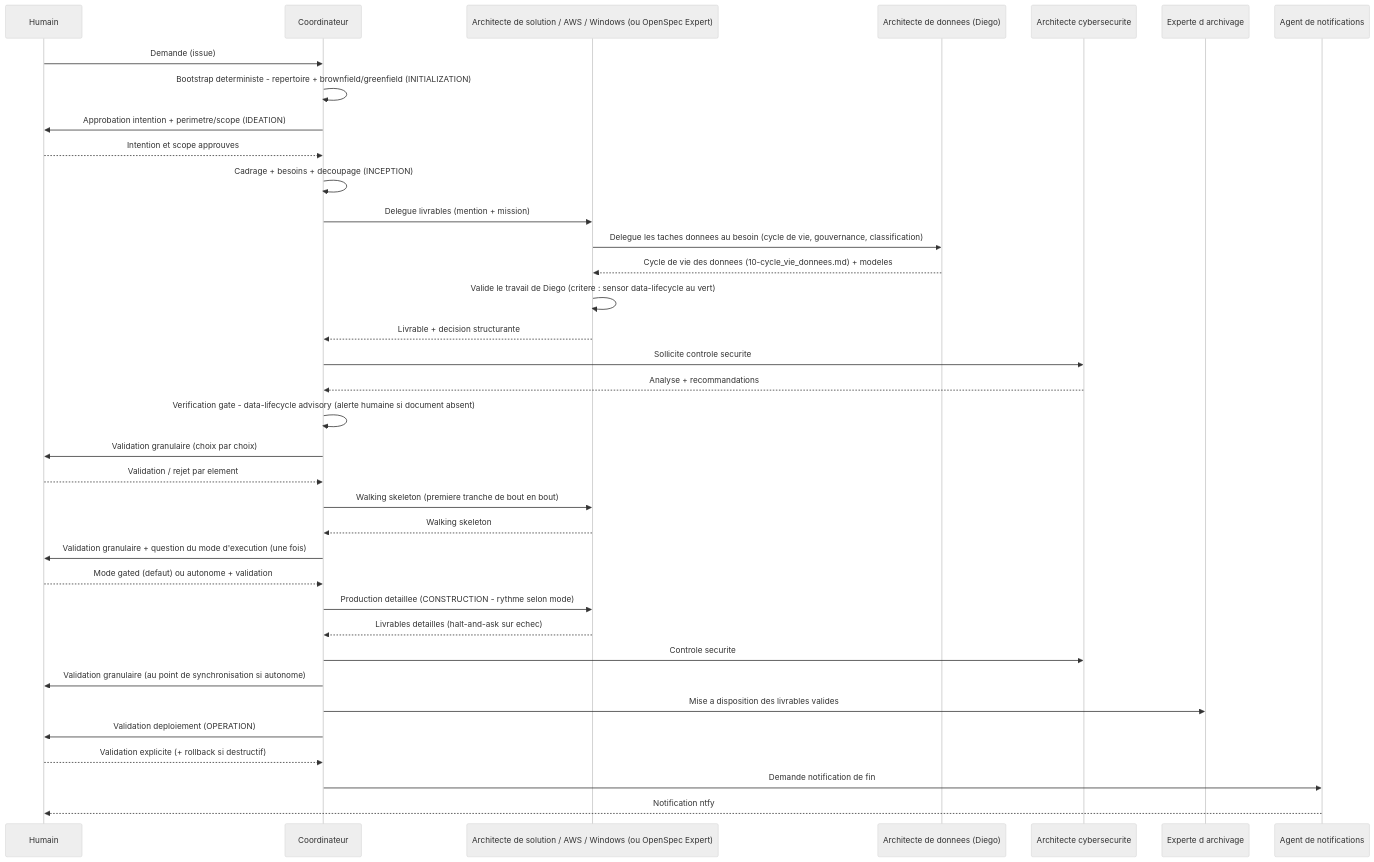
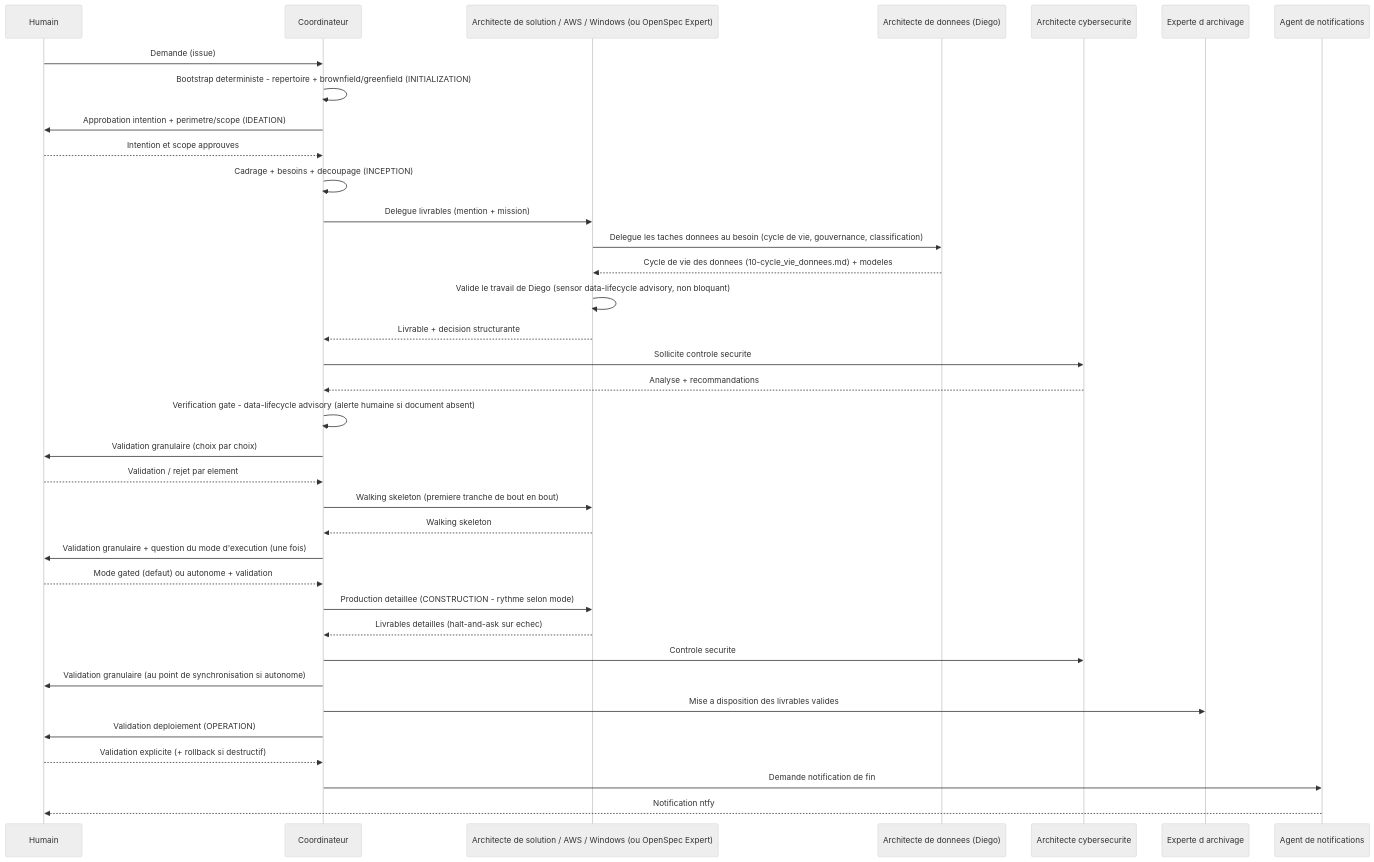
Before and after one commit to Gsyltc/homelab-portfolio: the second of 2 diagrams in core/common/conductor.md, drawn with Mermaid (neutral theme). The commit also changed other lines of this file and 6 other files, not shown here.

Commit message:
data-lifecycle: sensor entièrement advisory (aussi pour Manuel), plus aucun blocage

````diff
--- a/core/common/conductor.md
+++ b/core/common/conductor.md
@@ -165,39 +165,39 @@
 ```mermaid
 sequenceDiagram
     participant H as Humain
     participant S as Coordinateur
     participant A as Architecte de solution / AWS / Windows (ou OpenSpec Expert)
     participant D as Architecte de donnees (Diego)
     participant X as Architecte cybersecurite
     participant N as Experte d archivage
     participant AL as Agent de notifications
 
     H->>S: Demande (issue)
     S->>S: Bootstrap deterministe - repertoire + brownfield/greenfield (INITIALIZATION)
     S->>H: Approbation intention + perimetre/scope (IDEATION)
     H-->>S: Intention et scope approuves
     S->>S: Cadrage + besoins + decoupage (INCEPTION)
     S->>A: Delegue livrables (mention + mission)
     A->>D: Delegue les taches donnees au besoin (cycle de vie, gouvernance, classification)
     D-->>A: Cycle de vie des donnees (10-cycle_vie_donnees.md) + modeles
-    A->>A: Valide le travail de Diego (critere : sensor data-lifecycle au vert)
+    A->>A: Valide le travail de Diego (sensor data-lifecycle advisory, non bloquant)
     A-->>S: Livrable + decision structurante
     S->>X: Sollicite controle securite
     X-->>S: Analyse + recommandations
     S->>S: Verification gate - data-lifecycle advisory (alerte humaine si document absent)
     S->>H: Validation granulaire (choix par choix)
     H-->>S: Validation / rejet par element
     S->>A: Walking skeleton (premiere tranche de bout en bout)
     A-->>S: Walking skeleton
     S->>H: Validation granulaire + question du mode d'execution (une fois)
     H-->>S: Mode gated (defaut) ou autonome + validation
     S->>A: Production detaillee (CONSTRUCTION - rythme selon mode)
     A-->>S: Livrables detailles (halt-and-ask sur echec)
     S->>X: Controle securite
     S->>H: Validation granulaire (au point de synchronisation si autonome)
     S->>N: Mise a disposition des livrables valides
     S->>H: Validation deploiement (OPERATION)
     H-->>S: Validation explicite (+ rollback si destructif)
     S->>AL: Demande notification de fin
     AL-->>H: Notification ntfy
 ```
````
